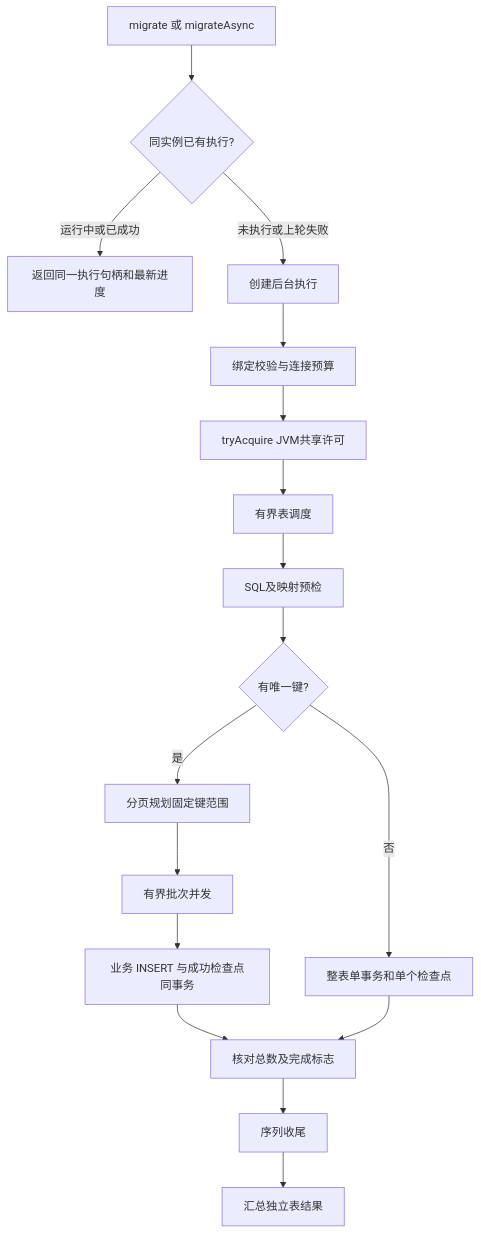
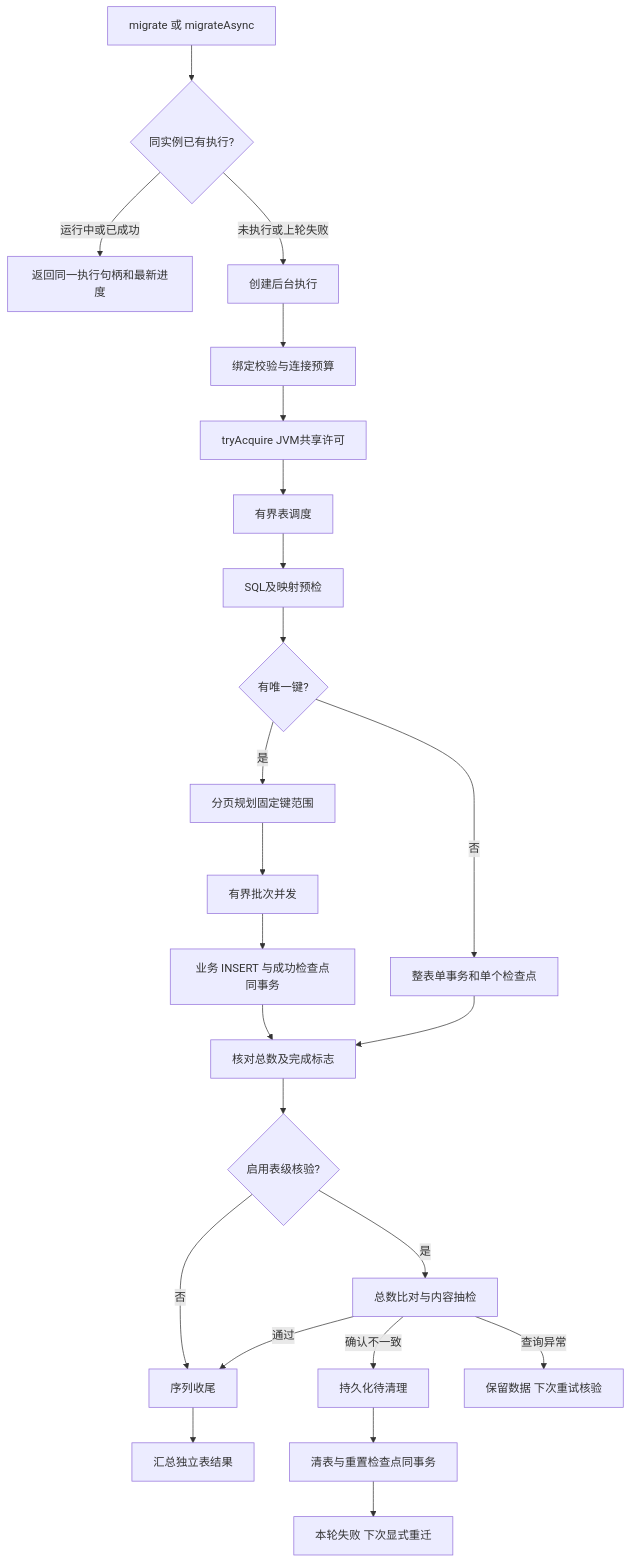
The diagram in docs/architecture.md (differGoose/data_migration), drawn with Mermaid before and after one commit. The commit also changed other lines of this file and 45 other files, not shown here.

````diff
--- a/docs/architecture.md
+++ b/docs/architecture.md
@@ -27,19 +27,26 @@
 ```mermaid
 flowchart TD
     A[migrate 或 migrateAsync] --> R{同实例已有执行?}
     R -->|运行中或已成功| S[返回同一执行句柄和最新进度]
     R -->|未执行或上轮失败| T[创建后台执行]
     T --> B[绑定校验与连接预算]
     B --> C[tryAcquire JVM共享许可]
     C --> D[有界表调度]
     D --> E[SQL及映射预检]
     E --> F{有唯一键?}
     F -->|是| G[分页规划固定键范围]
     G --> H[有界批次并发]
     H --> I[业务 INSERT 与成功检查点同事务]
     F -->|否| J[整表单事务和单个检查点]
     I --> K[核对总数及完成标志]
     J --> K
-    K --> L[序列收尾]
+    K --> V{启用表级核验?}
+    V -->|否| L[序列收尾]
+    V -->|是| Q[总数比对与内容抽检]
+    Q -->|通过| L
+    Q -->|确认不一致| X[持久化待清理]
+    X --> Y[清表与重置检查点同事务]
+    Y --> Z[本轮失败 下次显式重迁]
+    Q -->|查询异常| U[保留数据 下次重试核验]
     L --> M[汇总独立表结果]
 ```
````
